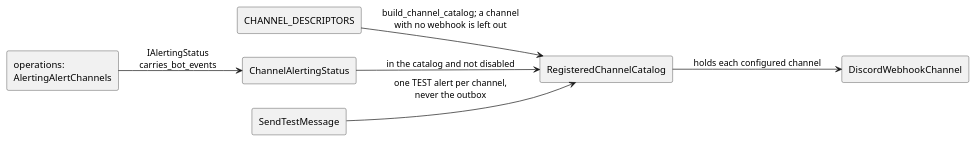
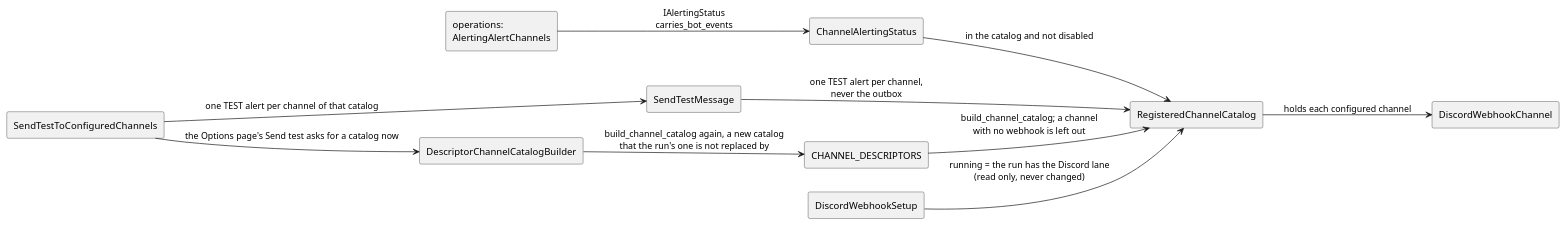
Before and after one commit to anhembedded/Sagittarius_Elite_Warrior: the diagram in Docs/MODULES/alerting/diagrams/05-channel-catalog.puml, drawn with PlantUML. The commit also changed 13 other files, not shown here.

First line of the commit message:
docs(alerting): the Options page in the module design, and EPIC-036D1 split from 036D

```diff
--- a/Docs/MODULES/alerting/diagrams/05-channel-catalog.puml
+++ b/Docs/MODULES/alerting/diagrams/05-channel-catalog.puml
@@ -3,15 +3,22 @@
 @startuml 05-channel-catalog
 skinparam componentStyle rectangle
 left to right direction
 [CHANNEL_DESCRIPTORS] as CDS
 [RegisteredChannelCatalog] as C
 [DiscordWebhookChannel] as D
 [ChannelAlertingStatus] as CS
 [SendTestMessage] as ST
+[DescriptorChannelCatalogBuilder] as DB
+[SendTestToConfiguredChannels] as OT
+[DiscordWebhookSetup] as WS
 [operations:\nAlertingAlertChannels] as OA
 CDS --> C : build_channel_catalog; a channel\nwith no webhook is left out
 C --> D : holds each configured channel
 CS --> C : in the catalog and not disabled
 OA --> CS : IAlertingStatus\ncarries_bot_events
 ST --> C : one TEST alert per channel,\nnever the outbox
+OT --> DB : the Options page's Send test asks for a catalog now
+DB --> CDS : build_channel_catalog again, a new catalog\nthat the run's one is not replaced by
+OT --> ST : one TEST alert per channel of that catalog
+WS --> C : running = the run has the Discord lane\n(read only, never changed)
 @enduml
```
